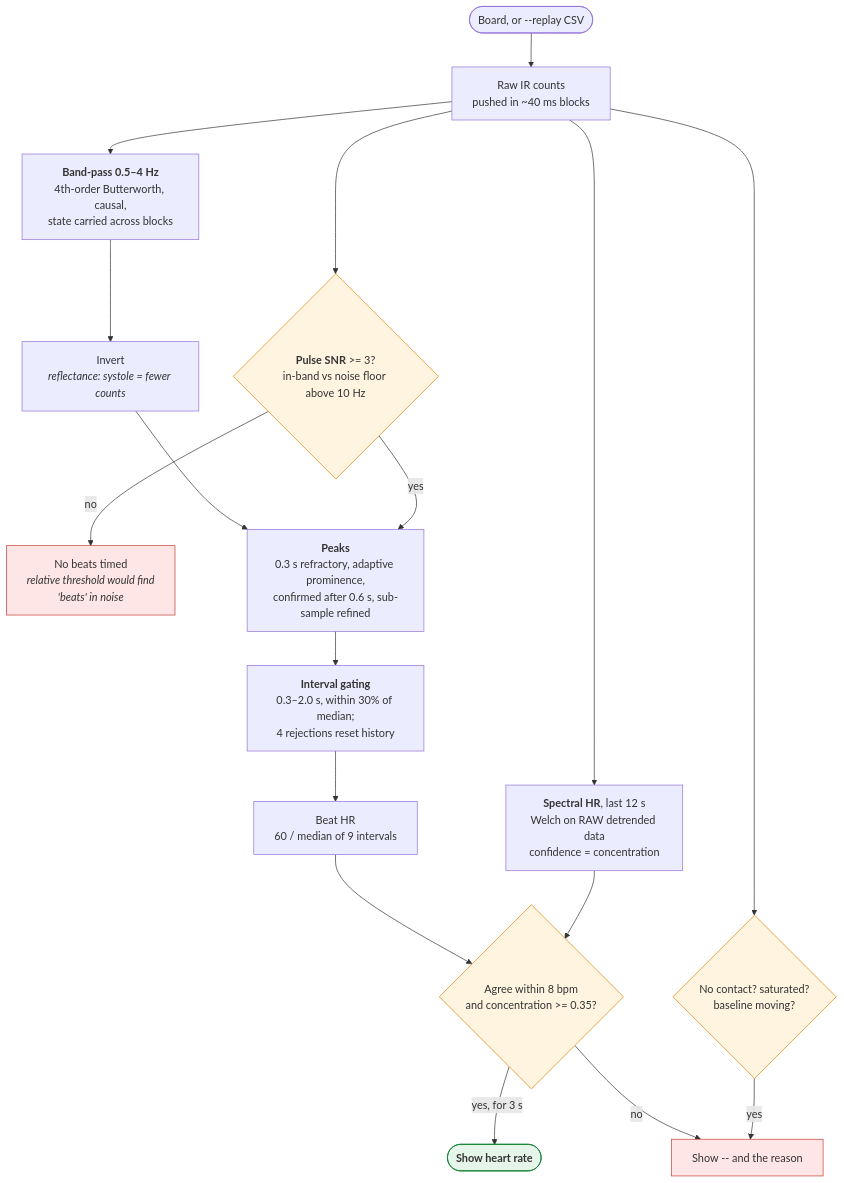
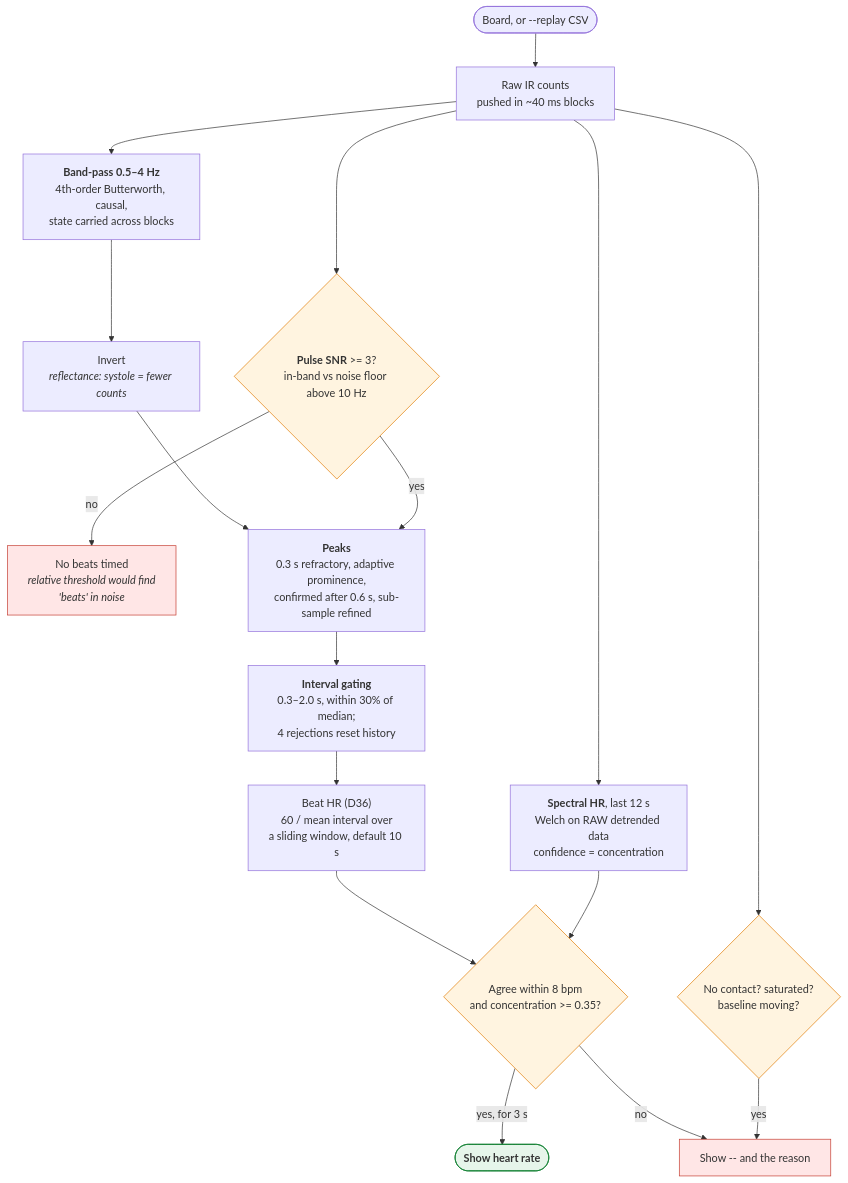
The seventh of 9 diagrams in docs/architecture.md (akkhilmorkonda/MAPQuest_PPG), drawn with Mermaid before and after one commit. The commit also changed other lines of this file and 6 other files, not shown here.

First line of the commit message:
Rolling envelope noise band for volume; sliding-window heart rate

````diff
--- a/docs/architecture.md
+++ b/docs/architecture.md
@@ -280,26 +280,26 @@
 ```mermaid
 flowchart TD
     SRC(["Board, or --replay CSV"]) --> RAW["Raw IR counts<br/>pushed in ~40 ms blocks"]
     RAW --> BP["<b>Band-pass 0.5–4 Hz</b><br/>4th-order Butterworth, causal,<br/>state carried across blocks"]
     BP --> INV["Invert<br/><i>reflectance: systole = fewer counts</i>"]
     RAW --> SNR{"<b>Pulse SNR</b> >= 3?<br/>in-band vs noise floor above 10 Hz"}
     SNR -->|no| NOB["No beats timed<br/><i>relative threshold would find<br/>'beats' in noise</i>"]
     INV --> PK["<b>Peaks</b><br/>0.3 s refractory, adaptive prominence,<br/>confirmed after 0.6 s, sub-sample refined"]
     SNR -->|yes| PK
     PK --> IBI["<b>Interval gating</b><br/>0.3–2.0 s, within 30% of median;<br/>4 rejections reset history"]
-    IBI --> HRB["Beat HR<br/>60 / median of 9 intervals"]
+    IBI --> HRB["Beat HR (D36)<br/>60 / mean interval over<br/>a sliding window, default 10 s"]
     RAW --> SPEC["<b>Spectral HR</b>, last 12 s<br/>Welch on RAW detrended data<br/>confidence = concentration"]
     HRB --> AGREE{"Agree within 8 bpm<br/>and concentration >= 0.35?"}
     SPEC --> AGREE
     AGREE -->|"yes, for 3 s"| SHOW(["<b>Show heart rate</b>"])
     AGREE -->|no| BLANK["Show -- and the reason"]
     RAW --> Q{"No contact? saturated?<br/>baseline moving?"}
     Q -->|yes| BLANK
 
     classDef gate fill:#fff4e0,stroke:#e07b00
     classDef good fill:#e6f5ea,stroke:#0a7d2c
     classDef bad fill:#ffe6e6,stroke:#c43b2f
     class SNR,AGREE,Q gate
     class SHOW good
     class NOB,BLANK bad
 ```
````
